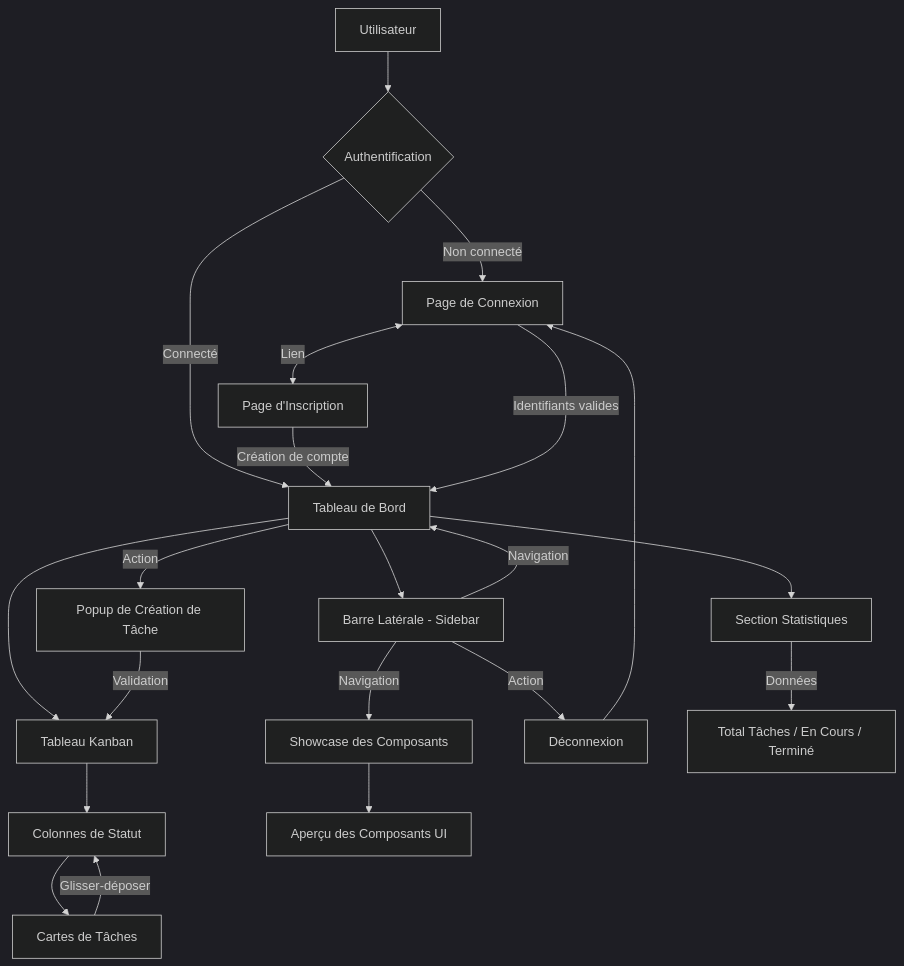
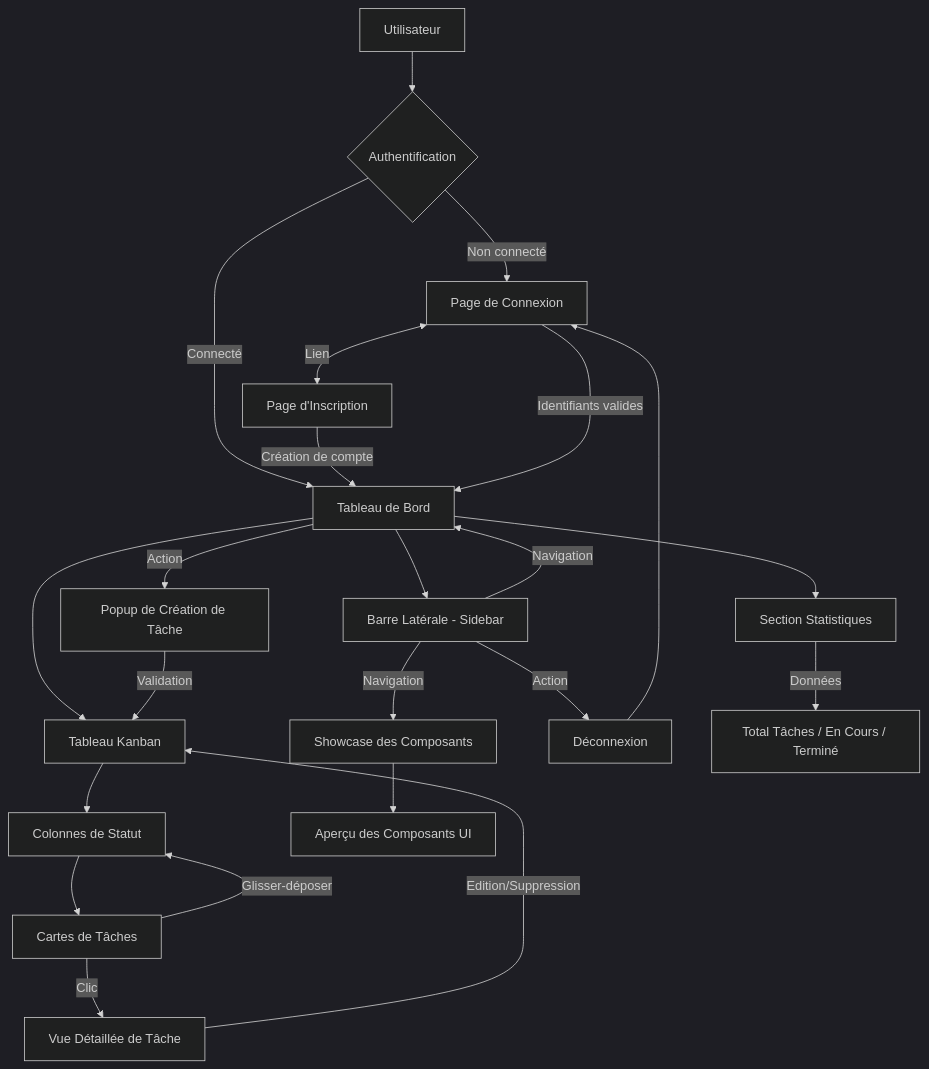
Before and after one commit to AkramMoussaoui/taskflow-front: the diagram in diagramme_fonctionnel.md, drawn with Mermaid (dark theme). The commit also changed other lines of this file and 5 other files, not shown here.

````diff
--- a/diagramme_fonctionnel.md
+++ b/diagramme_fonctionnel.md
@@ -10,31 +10,33 @@
 ```mermaid
 graph TD
     A[Utilisateur] --> B{Authentification}
     B -->|Non connecté| C[Page de Connexion]
     B -->|Connecté| D[Tableau de Bord]
     
     C <-->|Lien| Signup[Page d'Inscription]
     Signup -->|Création de compte| D
     
     C -->|Identifiants valides| D
     
     D --> E[Barre Latérale - Sidebar]
     D --> F[Section Statistiques]
     D --> G[Tableau Kanban]
     D -->|Action| CT[Popup de Création de Tâche]
     CT -->|Validation| G
     
     E -->|Navigation| D
     E -->|Navigation| H[Showcase des Composants]
     E -->|Action| I[Déconnexion]
     
     F -->|Données| J[Total Tâches / En Cours / Terminé]
     
     G --> K[Colonnes de Statut]
     K --> L[Cartes de Tâches]
     L -->|Glisser-déposer| K
+    L -->|Clic| DV[Vue Détaillée de Tâche]
+    DV -->|Edition/Suppression| G
     
     H --> M[Aperçu des Composants UI]
     
     I --> C
 ```
````
